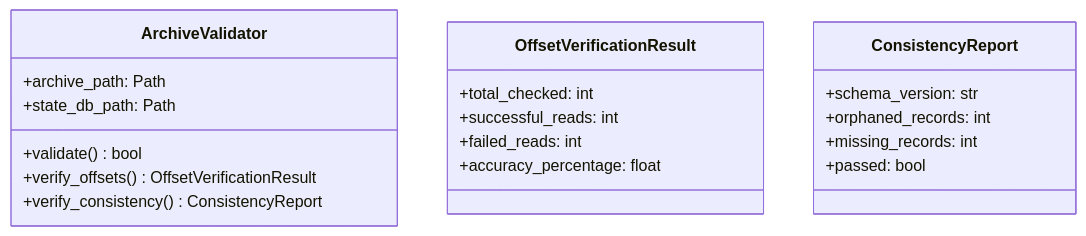
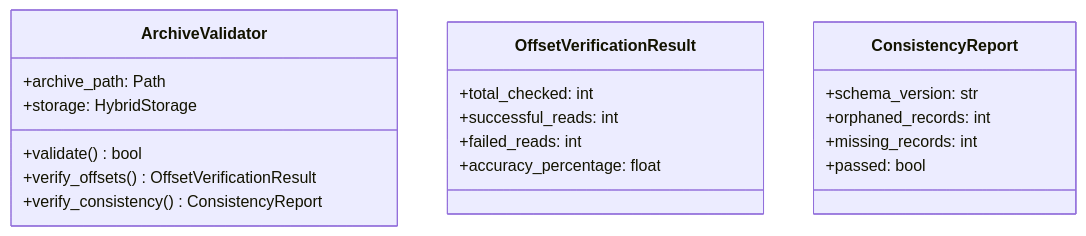
Before and after one commit to tumma72/GMailArchiver: the third of 12 diagrams in src/gmailarchiver/core/ARCHITECTURE.md, drawn with Mermaid. The commit also changed other lines of this file and 4 other files, not shown here.

First line of the commit message:
feat(workflows): establish workflows module architecture

````diff
--- a/src/gmailarchiver/core/ARCHITECTURE.md
+++ b/src/gmailarchiver/core/ARCHITECTURE.md
@@ -43,22 +59,22 @@
 ```mermaid
 classDiagram
     class ArchiveValidator {
         +archive_path: Path
-        +state_db_path: Path
+        +storage: HybridStorage
         +validate() bool
         +verify_offsets() OffsetVerificationResult
         +verify_consistency() ConsistencyReport
     }
     class OffsetVerificationResult {
         +total_checked: int
         +successful_reads: int
         +failed_reads: int
         +accuracy_percentage: float
     }
     class ConsistencyReport {
         +schema_version: str
         +orphaned_records: int
         +missing_records: int
         +passed: bool
     }
 ```
````
